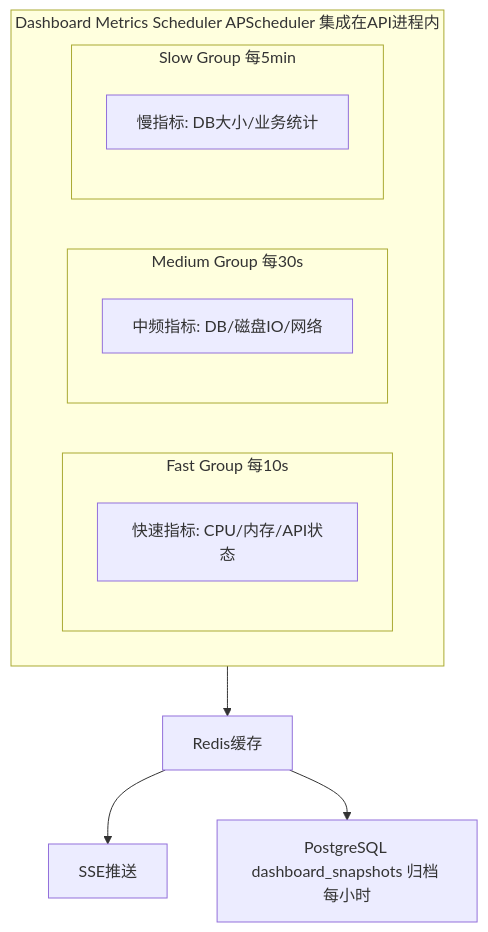
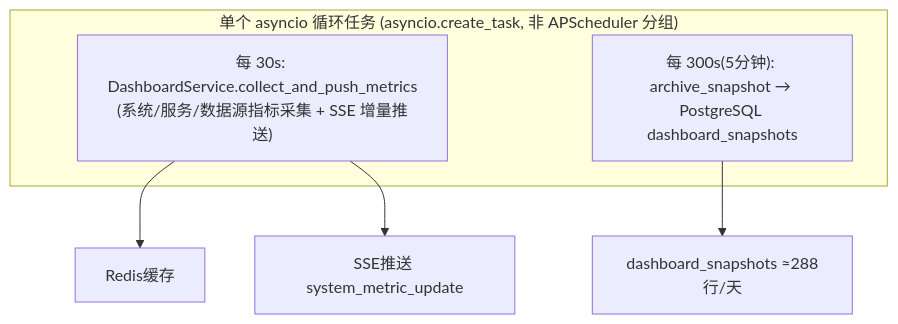
Before and after one commit to onceme/instantboard: the second of 3 diagrams in docs/design/dashboard-tab.md, drawn with Mermaid. The commit also changed other lines of this file and 14 other files, not shown here.

````diff
--- a/docs/design/dashboard-tab.md
+++ b/docs/design/dashboard-tab.md
@@ -175,18 +130,11 @@
 ```mermaid
 graph TD
-  subgraph scheduler["Dashboard Metrics Scheduler APScheduler 集成在API进程内"]
-    subgraph fast["Fast Group 每10s"]
-      FastMetrics["快速指标: CPU/内存/API状态"]
-    end
-    subgraph medium["Medium Group 每30s"]
-      MediumMetrics["中频指标: DB/磁盘IO/网络"]
-    end
-    subgraph slow["Slow Group 每5min"]
-      SlowMetrics["慢指标: DB大小/业务统计"]
-    end
+  subgraph loop["单个 asyncio 循环任务 (asyncio.create_task, 非 APScheduler 分组)"]
+    Collect["每 30s: DashboardService.collect_and_push_metrics<br/>(系统/服务/数据源指标采集 + SSE 增量推送)"]
+    Archive["每 300s(5分钟): archive_snapshot → PostgreSQL dashboard_snapshots"]
   end
 
-  scheduler --> RedisCache["Redis缓存"]
-  RedisCache --> SSEPush["SSE推送"]
-  RedisCache --> PGArchive["PostgreSQL dashboard_snapshots 归档 每小时"]
+  Collect --> RedisCache["Redis缓存"]
+  Collect --> SSEPush["SSE推送 system_metric_update"]
+  Archive --> PGArchive["dashboard_snapshots ≈288行/天"]
 ```
````
